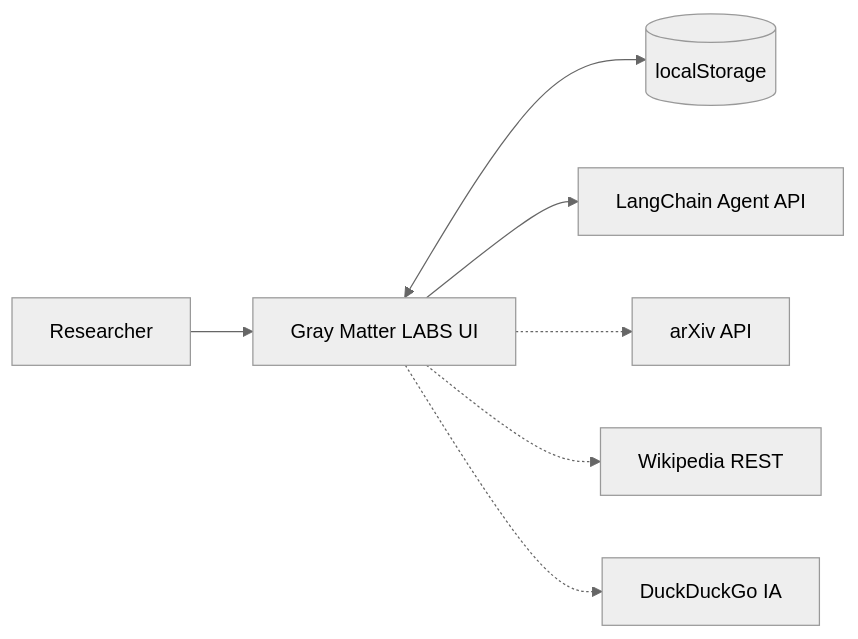
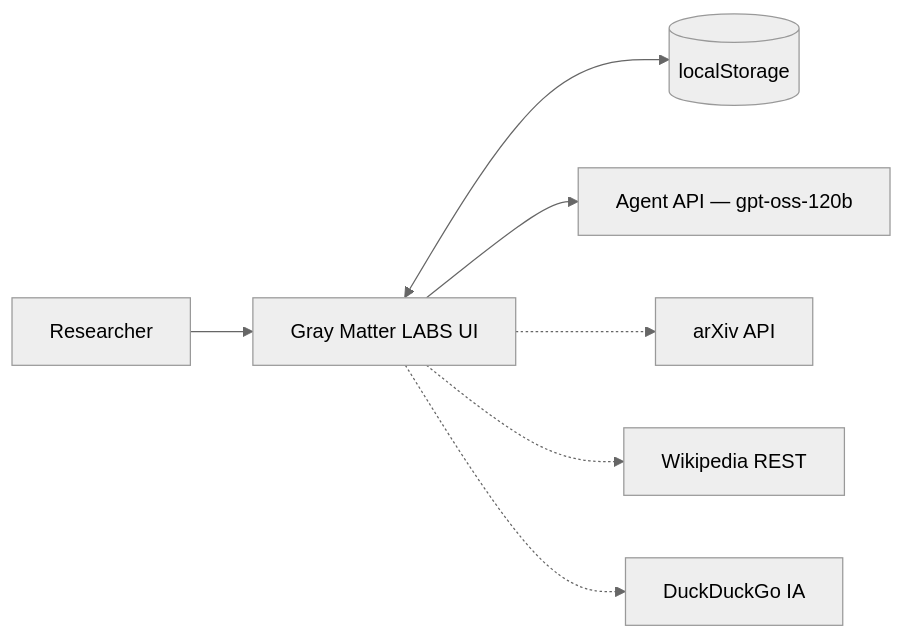
The diagram in README.md (sidnei-almeida/gray-matter-research-agent), drawn with Mermaid (neutral theme) before and after one commit. The commit also changed other lines of this file and 16 other files, not shown here.

````diff
--- a/README.md
+++ b/README.md
@@ -50,17 +49,17 @@
 ```mermaid
 flowchart LR
   USER[Researcher]
   UI[Gray Matter LABS UI]
   LS[(localStorage)]
-  API[LangChain Agent API]
+  API[Agent API — gpt-oss-120b]
   ARXIV[arXiv API]
   WIKI[Wikipedia REST]
   WEB[DuckDuckGo IA]
 
   USER --> UI
   UI <--> LS
   UI --> API
   UI -.-> ARXIV
   UI -.-> WIKI
   UI -.-> WEB
 ```
````
